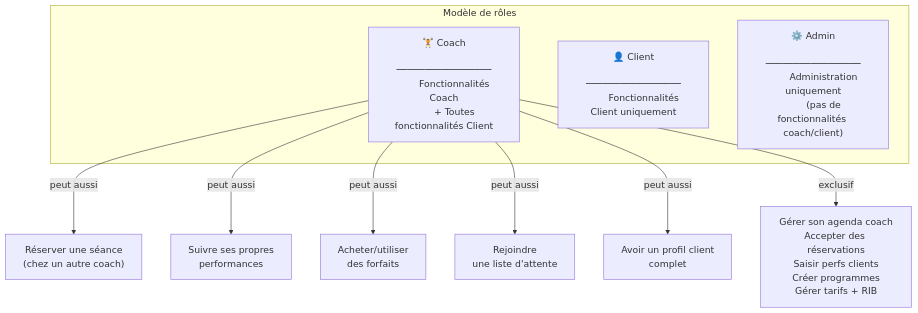
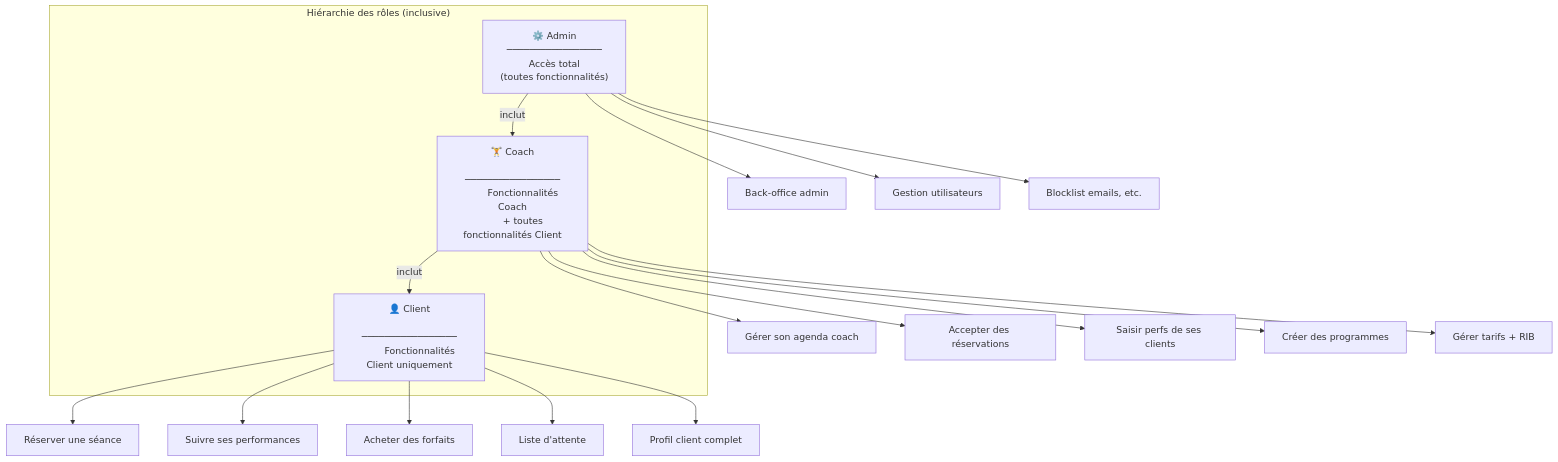
One commit to gaelgael5/mycoach changed the ninth of 10 diagrams in docs/FLOWS_00_ARCHITECTURE.md. Above: the diagram before and after it, drawn with Mermaid. The commit also changed other lines of this file and 3 other files, not shown here.

First line of the commit message:
arch: Admin ⊇ Coach ⊇ Client — hiérarchie inclusive correcte

````diff
--- a/docs/FLOWS_00_ARCHITECTURE.md
+++ b/docs/FLOWS_00_ARCHITECTURE.md
@@ -269,26 +269,37 @@
 ```mermaid
 flowchart TD
-    subgraph ROLES["Modèle de rôles"]
+    subgraph ROLES["Hiérarchie des rôles (inclusive)"]
+        ADMIN["⚙️ Admin
+        ─────────────────
+        Accès total
+        (toutes fonctionnalités)"]
+
         COACH["🏋️ Coach
         ─────────────────
         Fonctionnalités Coach
-        + Toutes fonctionnalités Client"]
+        + toutes fonctionnalités Client"]
 
         CLIENT["👤 Client
         ─────────────────
         Fonctionnalités Client uniquement"]
-
-        ADMIN["⚙️ Admin
-        ─────────────────
-        Administration uniquement
-        (pas de fonctionnalités coach/client)"]
     end
 
-    COACH -->|"peut aussi"| BOOK["Réserver une séance\n(chez un autre coach)"]
-    COACH -->|"peut aussi"| PERF["Suivre ses propres\nperformances"]
-    COACH -->|"peut aussi"| PACK["Acheter/utiliser\ndes forfaits"]
-    COACH -->|"peut aussi"| WLIST["Rejoindre\nune liste d'attente"]
-    COACH -->|"peut aussi"| CPROFIL["Avoir un profil client\ncomplet"]
+    ADMIN -->|"inclut"| COACH
+    COACH -->|"inclut"| CLIENT
 
-    COACH -->|"exclusif"| CCOACH["Gérer son agenda coach\nAccepter des réservations\nSaisir perfs clients\nCréer programmes\nGérer tarifs + RIB"]
+    CLIENT --> F1["Réserver une séance"]
+    CLIENT --> F2["Suivre ses performances"]
+    CLIENT --> F3["Acheter des forfaits"]
+    CLIENT --> F4["Liste d'attente"]
+    CLIENT --> F5["Profil client complet"]
+
+    COACH --> F6["Gérer son agenda coach"]
+    COACH --> F7["Accepter des réservations"]
+    COACH --> F8["Saisir perfs de ses clients"]
+    COACH --> F9["Créer des programmes"]
+    COACH --> F10["Gérer tarifs + RIB"]
+
+    ADMIN --> F11["Back-office admin"]
+    ADMIN --> F12["Gestion utilisateurs"]
+    ADMIN --> F13["Blocklist emails, etc."]
 ```
````
